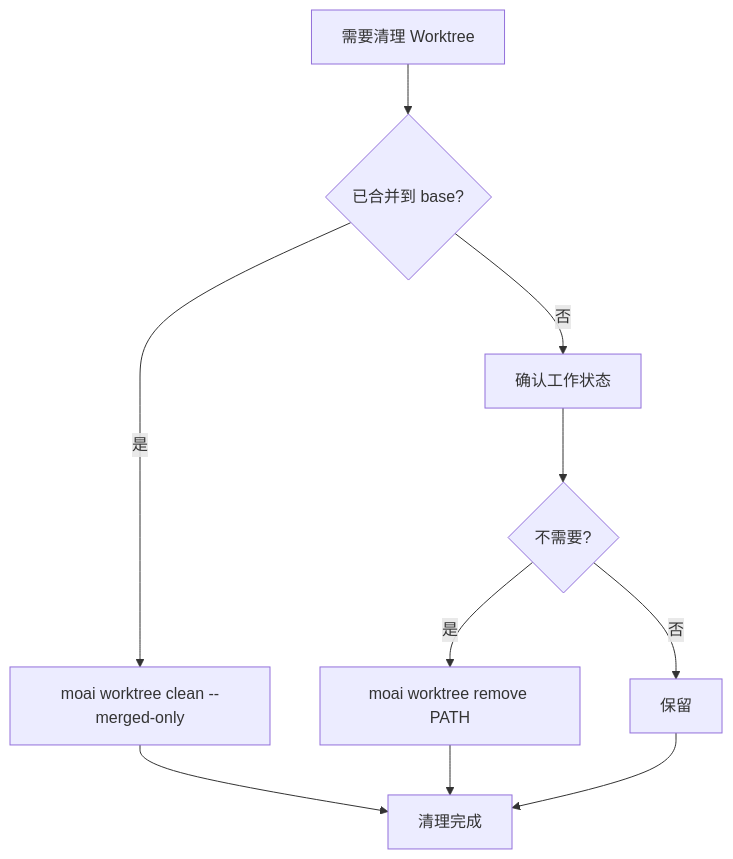
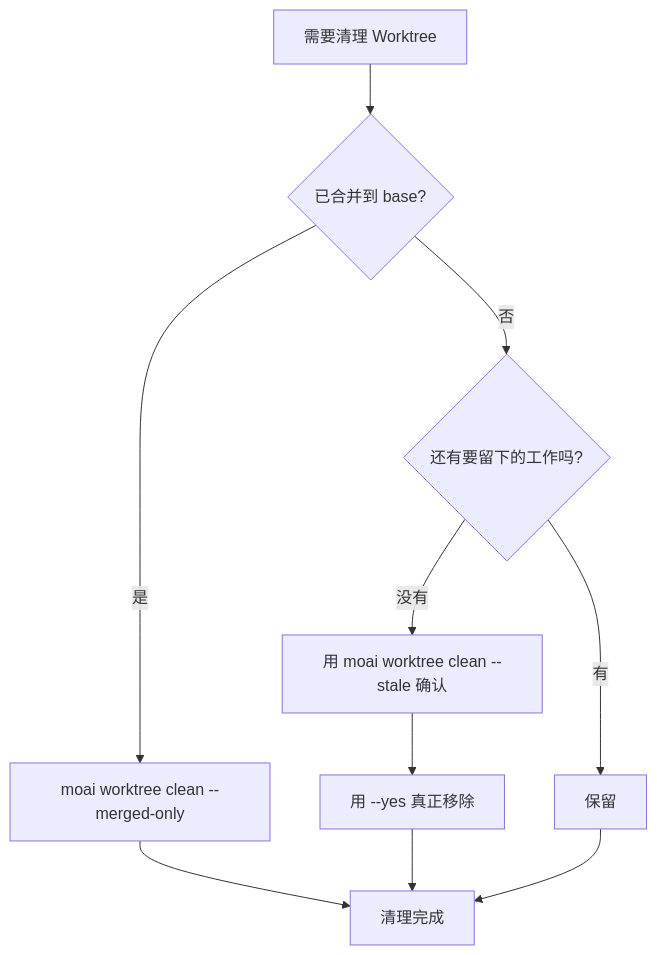
One commit to modu-ai/moai-adk changed the seventh of 9 diagrams in docs-site/content/zh/worktree/faq.md. Above: the diagram before and after it, drawn with Mermaid. The commit also changed other lines of this file and 35 other files, not shown here.

````diff
--- a/docs-site/content/zh/worktree/faq.md
+++ b/docs-site/content/zh/worktree/faq.md
@@ -334,12 +403,12 @@
 ```mermaid
 graph TD
     A[需要清理 Worktree] --> B{已合并到 base?}
     B -->|是| C[moai worktree clean --merged-only]
-    B -->|否| D[确认工作状态]
-    D --> E{不需要?}
-    E -->|是| F[moai worktree remove PATH]
-    E -->|否| G[保留]
+    B -->|否| D{还有要留下的工作吗?}
+    D -->|没有| E[用 moai worktree clean --stale 确认]
+    E --> F[用 --yes 真正移除]
+    D -->|有| G[保留]
     C --> H[清理完成]
     F --> H
     G --> H
 ```
````
